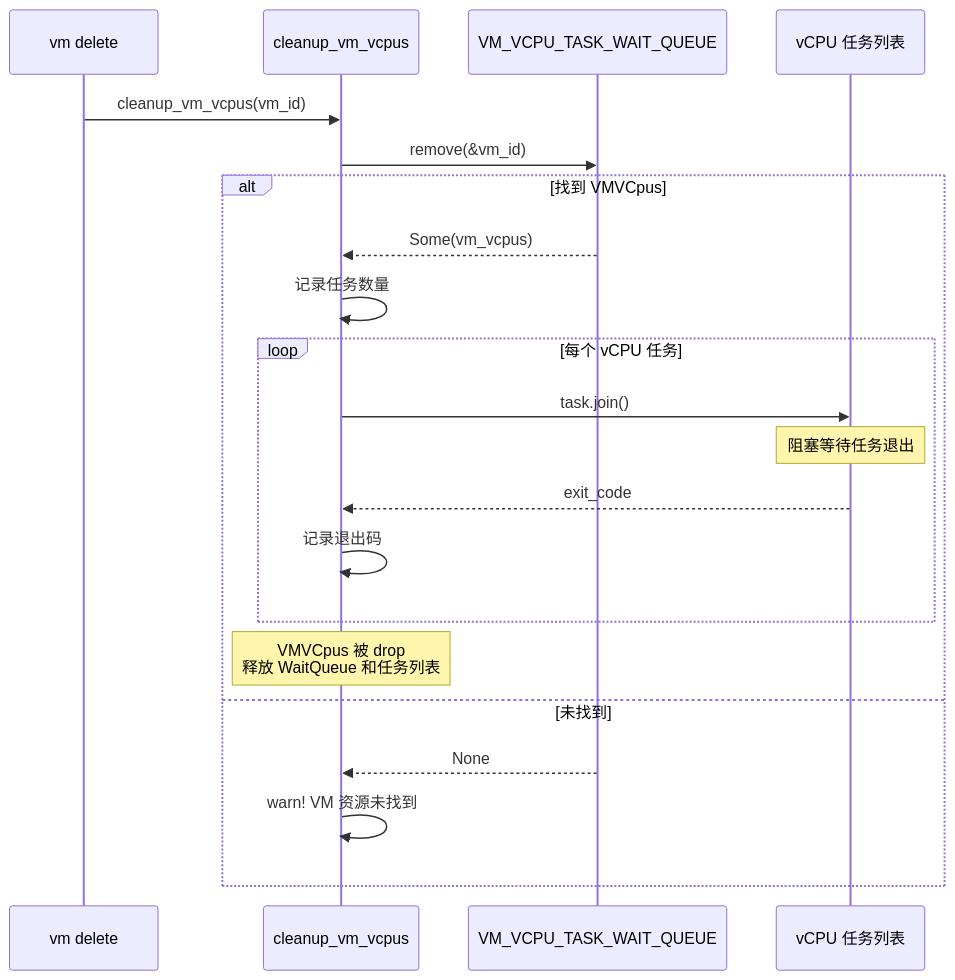
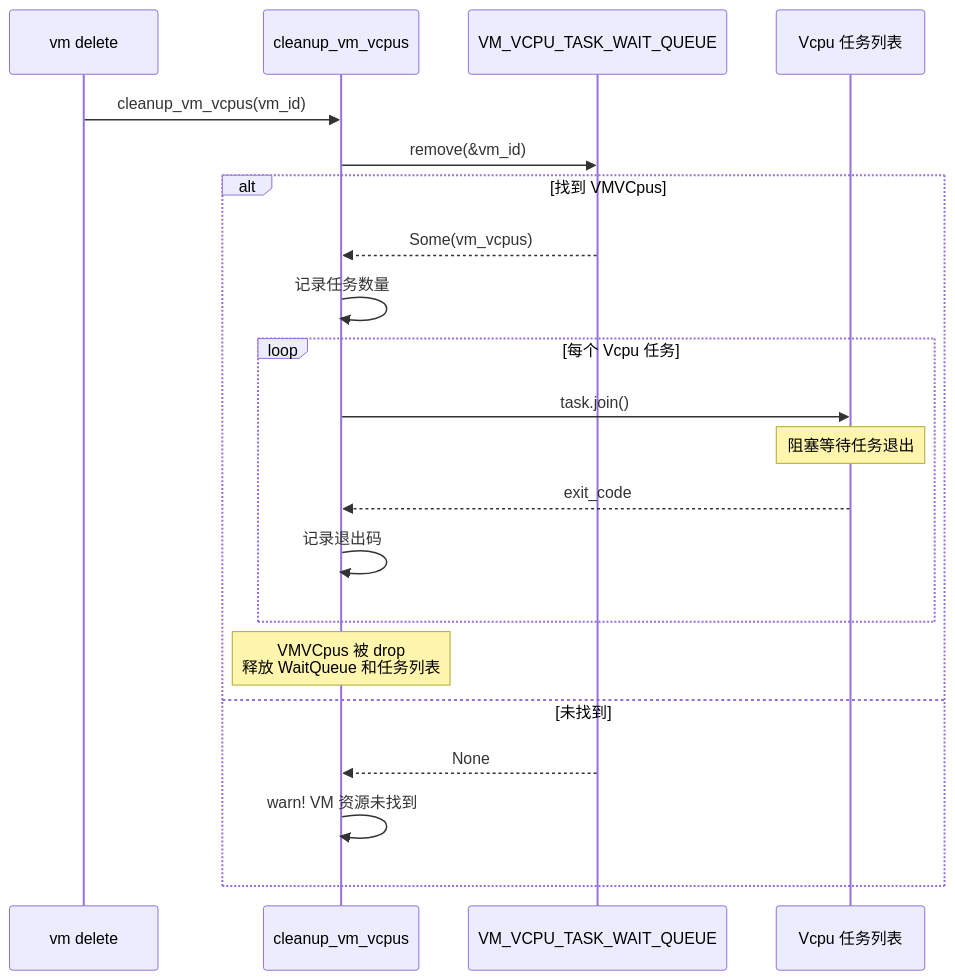
Before and after one commit to arceos-hypervisor/axvisorbook: diagram 17 of 18 in docs/design/guest/manager/vcpu-task.md, drawn with Mermaid. The commit also changed other lines of this file and 6 other files, not shown here.

````diff
--- a/docs/design/guest/manager/vcpu-task.md
+++ b/docs/design/guest/manager/vcpu-task.md
@@ -748,27 +748,27 @@
 ```mermaid
 sequenceDiagram
     participant Caller as vm delete
     participant Cleanup as cleanup_vm_vcpus
     participant Queue as VM_VCPU_TASK_WAIT_QUEUE
-    participant Tasks as vCPU 任务列表
+    participant Tasks as Vcpu 任务列表
 
     Caller->>Cleanup: cleanup_vm_vcpus(vm_id)
     Cleanup->>Queue: remove(&vm_id)
 
     alt 找到 VMVCpus
         Queue-->>Cleanup: Some(vm_vcpus)
         Cleanup->>Cleanup: 记录任务数量
 
-        loop 每个 vCPU 任务
+        loop 每个 Vcpu 任务
             Cleanup->>Tasks: task.join()
             Note over Tasks: 阻塞等待任务退出
             Tasks-->>Cleanup: exit_code
             Cleanup->>Cleanup: 记录退出码
         end
 
         Note over Cleanup: VMVCpus 被 drop<br/>释放 WaitQueue 和任务列表
     else 未找到
         Queue-->>Cleanup: None
         Cleanup->>Cleanup: warn! VM 资源未找到
     end
 ```
````
